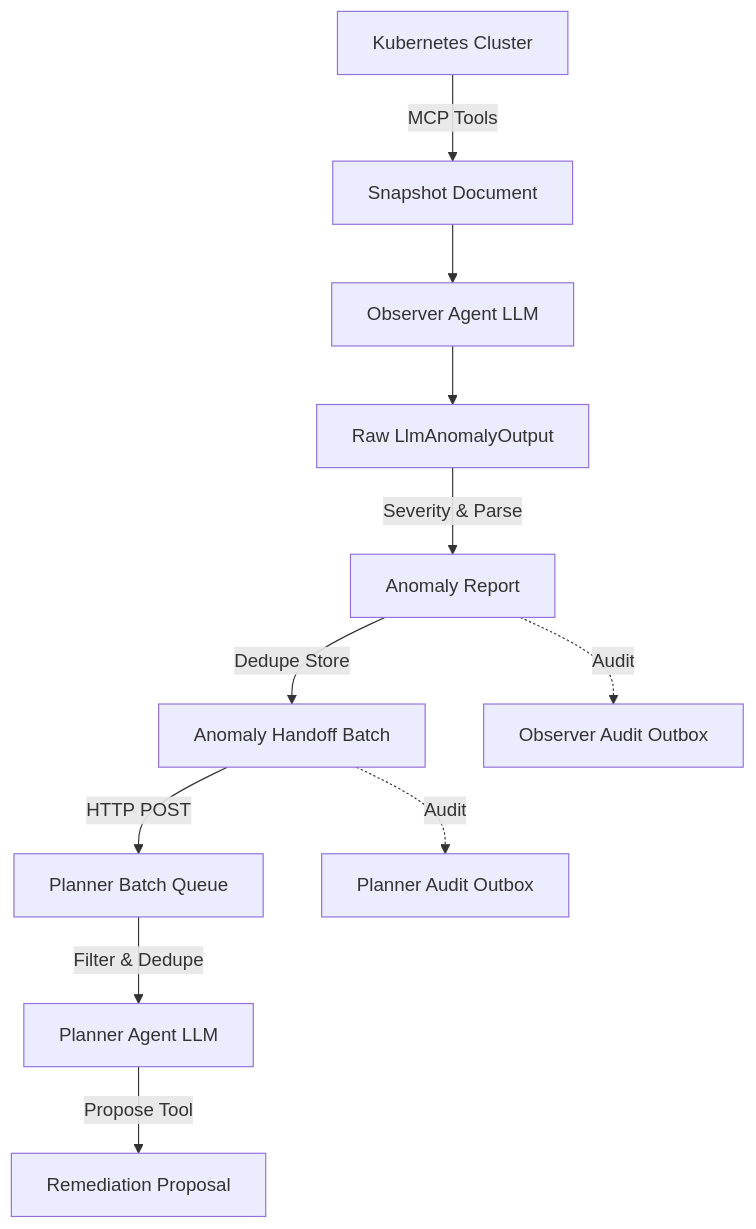
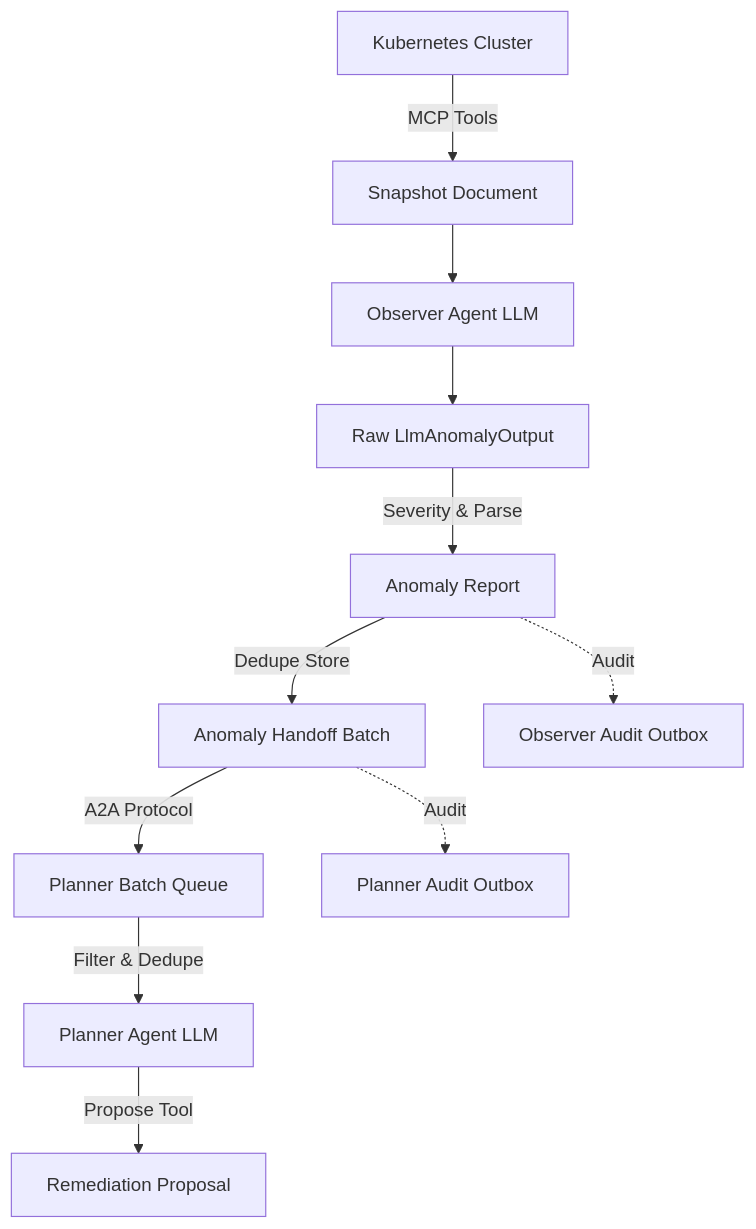
The first of 5 diagrams in docs/observer-planner-flow.md (mirusser/Kubernetes-MCP-Guard), drawn with Mermaid before and after one commit. The commit also changed other lines of this file and 24 other files, not shown here.

````diff
--- a/docs/observer-planner-flow.md
+++ b/docs/observer-planner-flow.md
@@ -9,24 +9,24 @@
 ```mermaid
 flowchart TD
     k8s[Kubernetes Cluster]
     snapshot[Snapshot Document]
     obsAgent[Observer Agent LLM]
     rawAnomaly[Raw LlmAnomalyOutput]
     parsedAnomaly[Anomaly Report]
     handoffBatch[Anomaly Handoff Batch]
     queue[Planner Batch Queue]
     planAgent[Planner Agent LLM]
     proposal[Remediation Proposal]
 
     k8s -->|MCP Tools| snapshot
     snapshot --> obsAgent
     obsAgent --> rawAnomaly
     rawAnomaly -->|Severity & Parse| parsedAnomaly
     parsedAnomaly -->|Dedupe Store| handoffBatch
-    handoffBatch -->|HTTP POST| queue
+    handoffBatch -->|A2A Protocol| queue
     queue -->|Filter & Dedupe| planAgent
     planAgent -->|Propose Tool| proposal
     
     parsedAnomaly -.->|Audit| auditObs[Observer Audit Outbox]
     handoffBatch -.->|Audit| auditPlan[Planner Audit Outbox]
 ```
````
